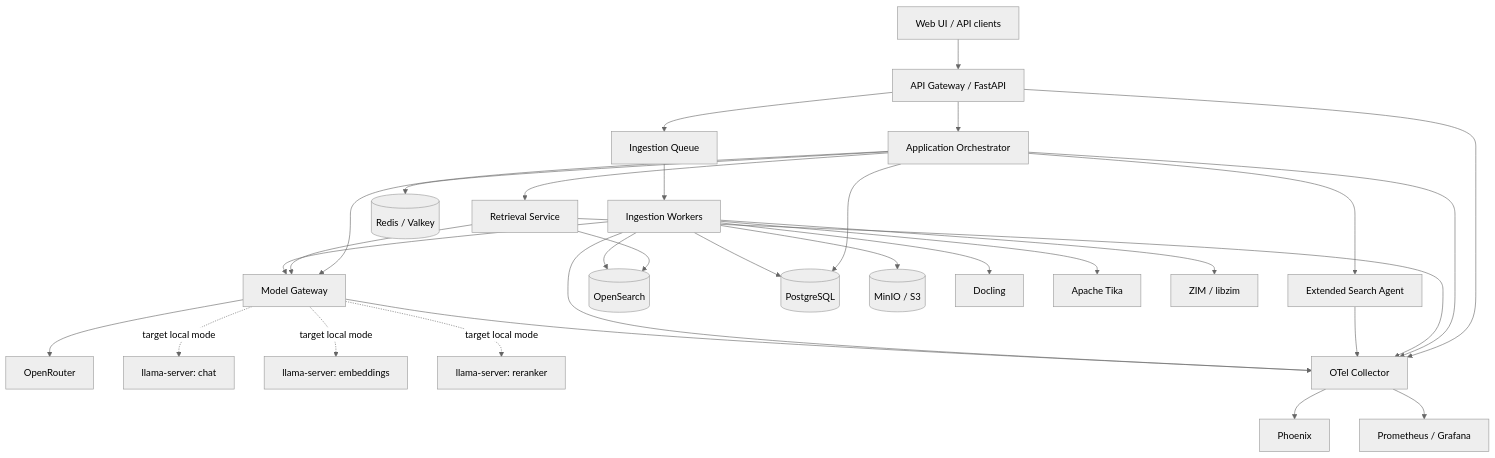
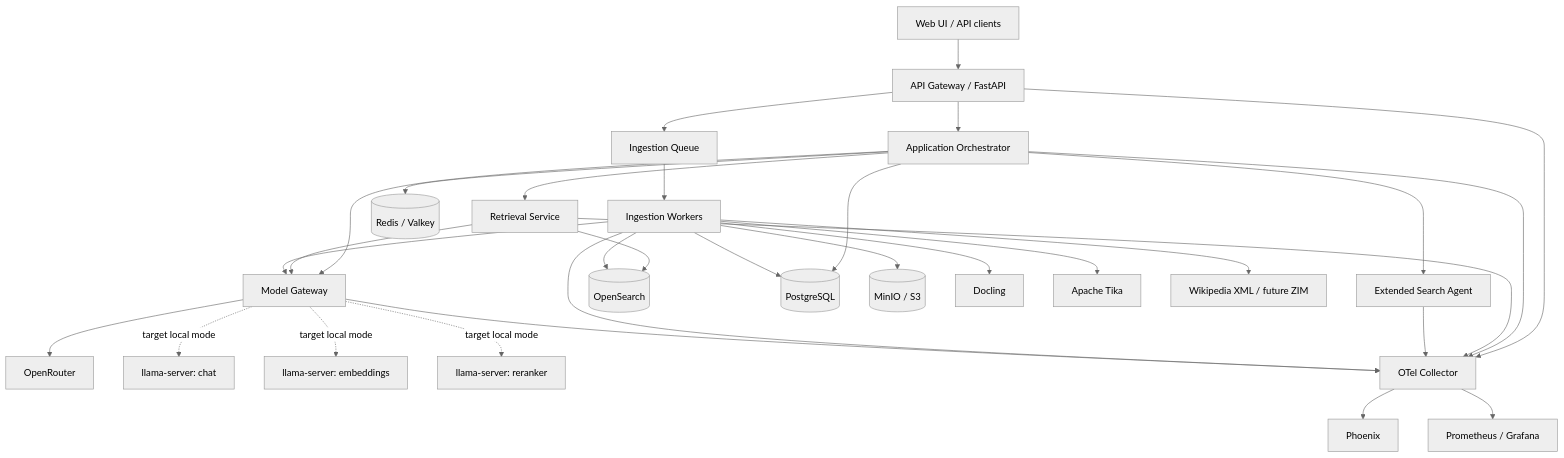
One commit to StickyClown/Wikipedia-RAG changed the first of 3 diagrams in docs/architecture.md. Above: the diagram before and after it, drawn with Mermaid (neutral theme). The commit also changed other lines of this file and 71 other files, not shown here.

````diff
--- a/docs/architecture.md
+++ b/docs/architecture.md
@@ -85,59 +85,59 @@
 ```mermaid
 flowchart TB
     U[Web UI / API clients]
     G[API Gateway / FastAPI]
     A[Application Orchestrator]
     MG[Model Gateway]
     R[Retrieval Service]
     AG[Extended Search Agent]
     OS[(OpenSearch)]
     PG[(PostgreSQL)]
     RD[(Redis / Valkey)]
     S3[(MinIO / S3)]
     IQ[Ingestion Queue]
     IW[Ingestion Workers]
     D[Docling]
     T[Apache Tika]
-    Z[ZIM / libzim]
+    Z[Wikipedia XML / future ZIM]
     OR[OpenRouter]
     LC1[llama-server: chat]
     LC2[llama-server: embeddings]
     LC3[llama-server: reranker]
     OT[OTel Collector]
     PX[Phoenix]
     PM[Prometheus / Grafana]
 
     U --> G
     G --> A
     A --> R
     A --> AG
     A --> MG
     R --> OS
     R --> MG
     A --> PG
     A --> RD
 
     G --> IQ
     IQ --> IW
     IW --> D
     IW --> T
     IW --> Z
     IW --> MG
     IW --> OS
     IW --> PG
     IW --> S3
 
     MG --> OR
     MG -. target local mode .-> LC1
     MG -. target local mode .-> LC2
     MG -. target local mode .-> LC3
 
     G --> OT
     A --> OT
     R --> OT
     AG --> OT
     IW --> OT
     MG --> OT
     OT --> PX
     OT --> PM
 ```
````
